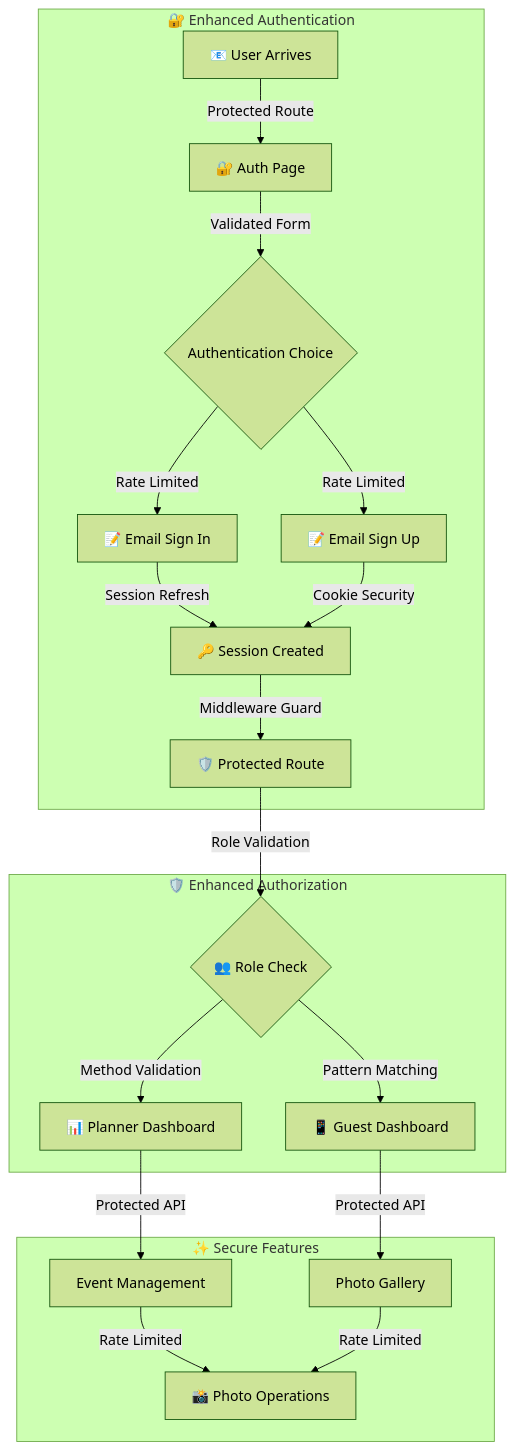
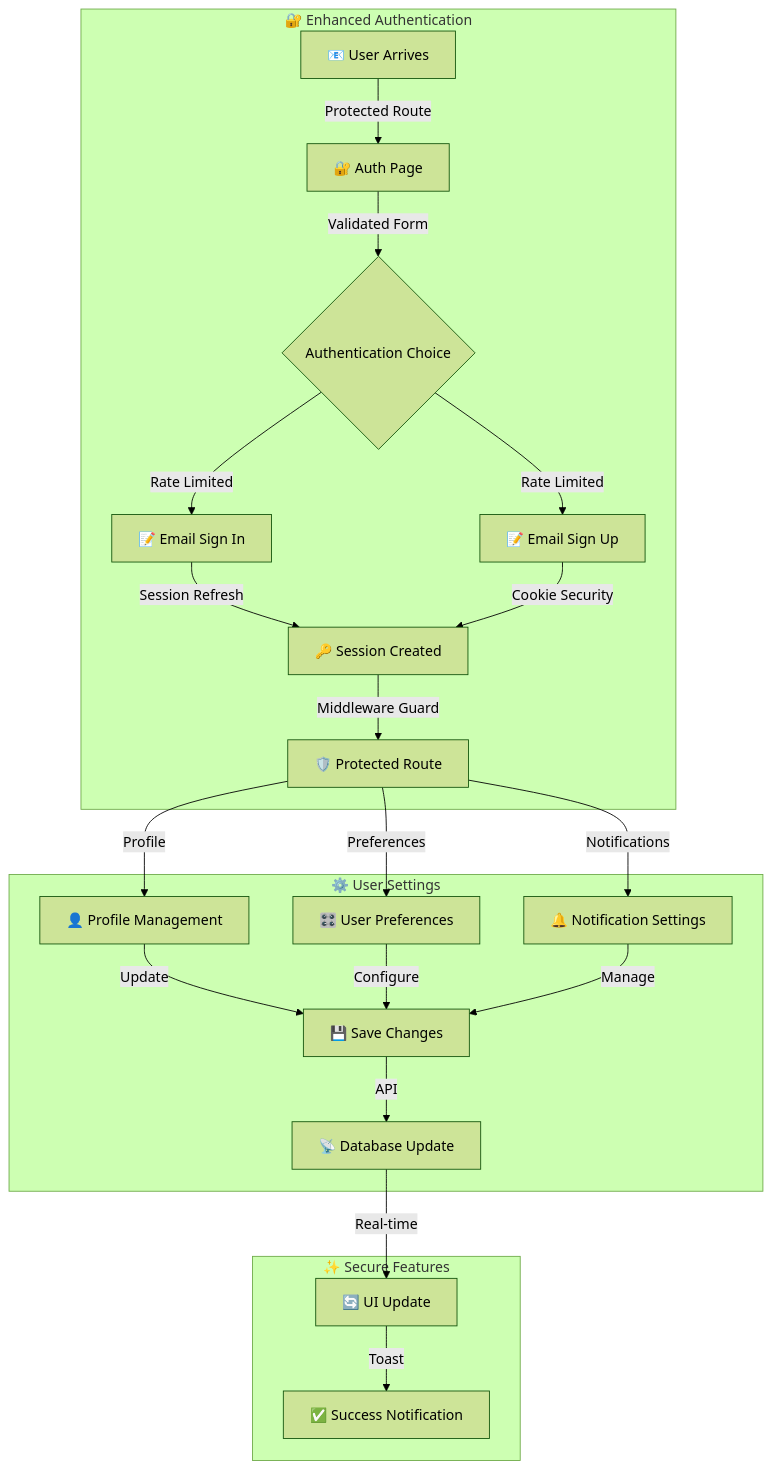
The diagram in docs/user-flows/user_flow_chart.md (mrj0nesmtl/cloud-burst), drawn with Mermaid (forest theme) before and after one commit. The commit also changed other lines of this file and 7 other files, not shown here.

````diff
--- a/docs/user-flows/user_flow_chart.md
+++ b/docs/user-flows/user_flow_chart.md
@@ -8,29 +6,32 @@
 ```mermaid
 graph TD
     subgraph Authentication [🔐 Enhanced Authentication]
         A[📧 User Arrives] -->|Protected Route| B[🔐 Auth Page]
         B -->|Validated Form| C{Authentication Choice}
         
         C -->|Rate Limited| D[📝 Email Sign In]
         C -->|Rate Limited| E[📝 Email Sign Up]
         
         D -->|Session Refresh| F[🔑 Session Created]
         E -->|Cookie Security| F
         
         F -->|Middleware Guard| G[🛡️ Protected Route]
     end
 
-    subgraph Authorization [🛡️ Enhanced Authorization]
-        G -->|Role Validation| H{👥 Role Check}
-        H -->|Method Validation| I[📊 Planner Dashboard]
-        H -->|Pattern Matching| J[📱 Guest Dashboard]
+    subgraph Settings [⚙️ User Settings]
+        G -->|Profile| H[👤 Profile Management]
+        G -->|Preferences| I[🎛️ User Preferences]
+        G -->|Notifications| J[🔔 Notification Settings]
+        
+        H -->|Update| K[💾 Save Changes]
+        I -->|Configure| K
+        J -->|Manage| K
+        
+        K -->|API| L[📡 Database Update]
     end
 
     subgraph Features [✨ Secure Features]
-        I -->|Protected API| K[Event Management]
-        J -->|Protected API| L[Photo Gallery]
-        
-        K -->|Rate Limited| M[📸 Photo Operations]
-        L -->|Rate Limited| M
+        L -->|Real-time| M[🔄 UI Update]
+        M -->|Toast| N[✅ Success Notification]
     end
 ```
````
